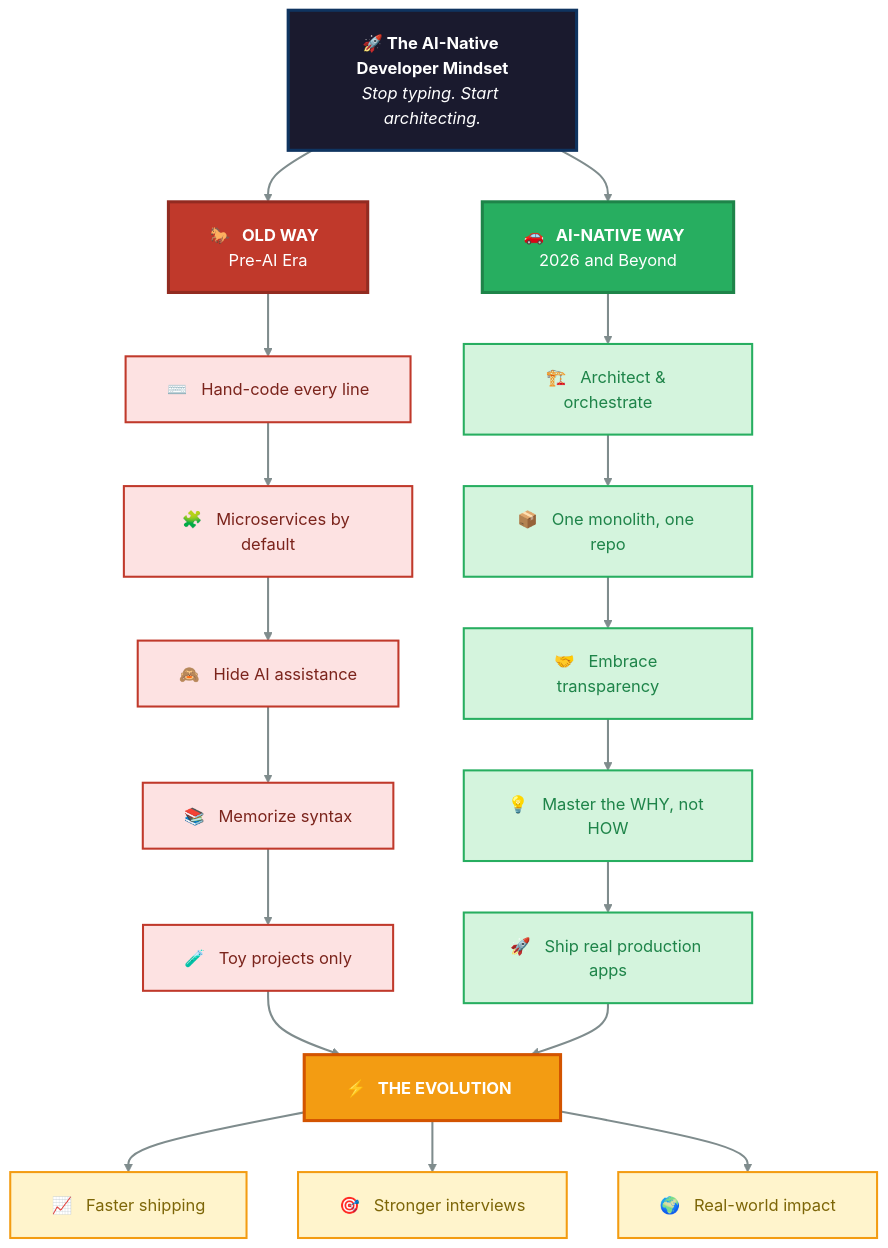
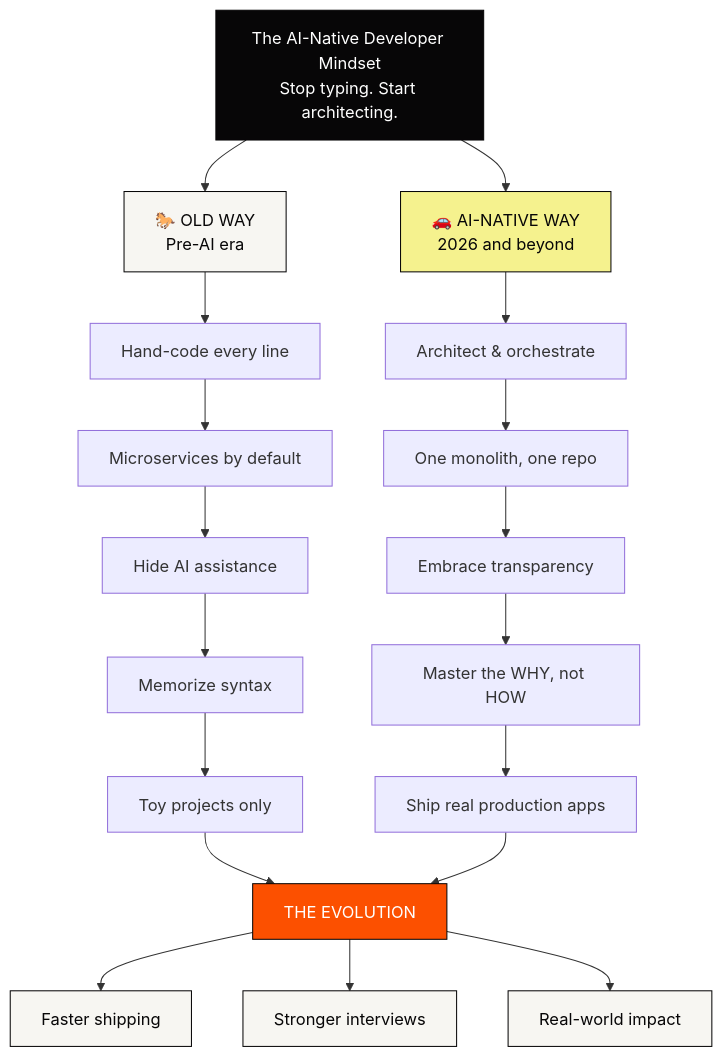
One commit to ChanMeng666/linkedin-post-skill changed the diagram in examples/diagram.mmd. Above: the diagram before and after it, drawn with Mermaid. The commit also changed 9 other files, not shown here.

```diff
--- a/examples/diagram.mmd
+++ b/examples/diagram.mmd
@@ -1,48 +1,33 @@
----
-config:
-  theme: base
-  themeVariables:
-    primaryColor: "#ffffff"
-    primaryTextColor: "#1a1a2e"
-    fontSize: "16px"
-    fontFamily: "Inter, Helvetica, Arial, sans-serif"
-  flowchart:
-    htmlLabels: true
-    padding: 20
-    nodeSpacing: 50
-    rankSpacing: 50
----
+%% Example of a diagram that PASSES the visual gate (SKILL.md Step 3):
+%% two contrasting paths (≥3 parts each), a named relationship between them, and a shared
+%% consequence — structure a reader can't absorb from the copy in one pass.
+%% No `--- config ---` block: the brand theme is applied by scripts/render-mermaid.mjs.
 flowchart TB
-    TITLE["<b>🚀 The AI-Native Developer Mindset</b><br/><i>Stop typing. Start architecting.</i>"]:::title
+    TITLE["The AI-Native Developer Mindset<br/>Stop typing. Start architecting."]:::ink
 
-    TITLE --> OLD_HEAD["<b>🐎 &nbsp; OLD WAY &nbsp;</b><br/>Pre-AI Era"]:::oldHead
-    TITLE --> NEW_HEAD["<b>🚗 &nbsp; AI-NATIVE WAY &nbsp;</b><br/>2026 and Beyond"]:::newHead
+    TITLE --> OLD_HEAD["🐎 OLD WAY<br/>Pre-AI era"]:::surface
+    TITLE --> NEW_HEAD["🚗 AI-NATIVE WAY<br/>2026 and beyond"]:::glare
 
-    OLD_HEAD --> O1["⌨️ &nbsp; Hand-code every line"]:::old
-    O1 --> O2["🧩 &nbsp; Microservices by default"]:::old
-    O2 --> O3["🙈 &nbsp; Hide AI assistance"]:::old
-    O3 --> O4["📚 &nbsp; Memorize syntax"]:::old
-    O4 --> O5["🧪 &nbsp; Toy projects only"]:::old
+    OLD_HEAD --> O1["Hand-code every line"]
+    O1 --> O2["Microservices by default"]
+    O2 --> O3["Hide AI assistance"]
+    O3 --> O4["Memorize syntax"]
+    O4 --> O5["Toy projects only"]
 
-    NEW_HEAD --> N1["🏗️ &nbsp; Architect &amp; orchestrate"]:::new
-    N1 --> N2["📦 &nbsp; One monolith, one repo"]:::new
-    N2 --> N3["🤝 &nbsp; Embrace transparency"]:::new
-    N3 --> N4["💡 &nbsp; Master the WHY, not HOW"]:::new
-    N4 --> N5["🚀 &nbsp; Ship real production apps"]:::new
+    NEW_HEAD --> N1["Architect &amp; orchestrate"]
+    N1 --> N2["One monolith, one repo"]
+    N2 --> N3["Embrace transparency"]
+    N3 --> N4["Master the WHY, not HOW"]
+    N4 --> N5["Ship real production apps"]
 
-    O5 --> EVOLVE["<b>⚡ &nbsp; THE EVOLUTION &nbsp;</b>"]:::evolve
+    O5 --> EVOLVE["THE EVOLUTION"]:::accent
     N5 --> EVOLVE
 
-    EVOLVE --> R1["📈 &nbsp; Faster shipping"]:::result
-    EVOLVE --> R2["🎯 &nbsp; Stronger interviews"]:::result
-    EVOLVE --> R3["🌍 &nbsp; Real-world impact"]:::result
+    EVOLVE --> R1["Faster shipping"]:::surface
+    EVOLVE --> R2["Stronger interviews"]:::surface
+    EVOLVE --> R3["Real-world impact"]:::surface
 
-    classDef title fill:#1a1a2e,stroke:#0f3460,stroke-width:3px,color:#fff
-    classDef oldHead fill:#c0392b,stroke:#922b21,stroke-width:3px,color:#fff
-    classDef newHead fill:#27ae60,stroke:#1e8449,stroke-width:3px,color:#fff
-    classDef old fill:#fde2e2,stroke:#c0392b,stroke-width:2px,color:#7b241c
-    classDef new fill:#d4f4dd,stroke:#27ae60,stroke-width:2px,color:#1e8449
-    classDef evolve fill:#f39c12,stroke:#d35400,stroke-width:3px,color:#fff
-    classDef result fill:#fff4cc,stroke:#f39c12,stroke-width:2px,color:#7d6608
-
-    linkStyle default stroke:#7f8c8d,stroke-width:2px
+    classDef accent  fill:#FC5000,stroke:#070607,color:#fff;
+    classDef ink     fill:#070607,stroke:#070607,color:#fff;
+    classDef glare   fill:#F5F28E,stroke:#070607,color:#070607;
+    classDef surface fill:#F7F6F2,stroke:#070607,color:#070607;
```
